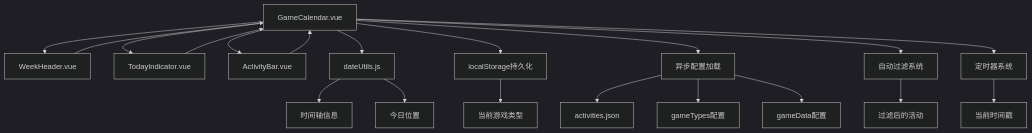
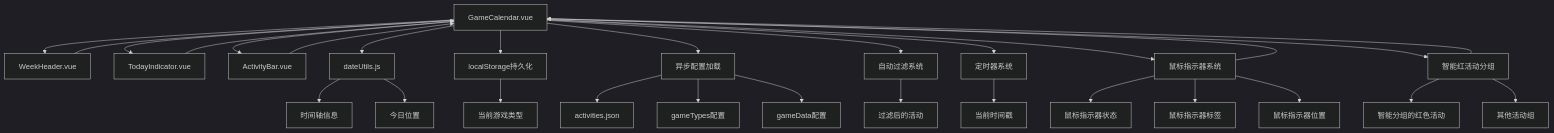
One commit to xuanyulingnfeg/gameCalendar changed the tenth of 11 diagrams in .qoder/repowiki/zh/content/核心组件/GameCalendar 主容器组件.md. Above: the diagram before and after it, drawn with Mermaid (dark theme). The commit also changed other lines of this file and 4 other files, not shown here.

````diff
--- a/.qoder/repowiki/zh/content/核心组件/GameCalendar 主容器组件.md
+++ b/.qoder/repowiki/zh/content/核心组件/GameCalendar 主容器组件.md
@@ -449,22 +536,31 @@
 ```mermaid
 graph TD
 GameCalendar[GameCalendar.vue] --> WeekHeader[WeekHeader.vue]
 GameCalendar --> TodayIndicator[TodayIndicator.vue]
 GameCalendar --> ActivityBar[ActivityBar.vue]
 GameCalendar --> DateUtils[dateUtils.js]
 GameCalendar --> LocalStorage[localStorage持久化]
 GameCalendar --> AsyncLoader[异步配置加载]
 GameCalendar --> AutoFilter[自动过滤系统]
 GameCalendar --> Timer[定时器系统]
+GameCalendar --> MouseIndicator[鼠标指示器系统]
+GameCalendar --> SmartRedGroup[智能红活动分组]
 ActivityBar --> GameCalendar
 WeekHeader --> GameCalendar
 TodayIndicator --> GameCalendar
+MouseIndicator --> GameCalendar
+SmartRedGroup --> GameCalendar
 DateUtils --> TimelineInfo[时间轴信息]
 DateUtils --> TodayPosition[今日位置]
 LocalStorage --> CurrentGameType[当前游戏类型]
 AsyncLoader --> ActivitiesConfig[activities.json]
 AsyncLoader --> GameTypesConfig[gameTypes配置]
 AsyncLoader --> GameDataConfig[gameData配置]
 Timer --> NowTimestamp[当前时间戳]
 AutoFilter --> FilteredActivities[过滤后的活动]
+MouseIndicator --> MouseIndicatorState[鼠标指示器状态]
+MouseIndicator --> MouseIndicatorLabel[鼠标指示器标签]
+MouseIndicator --> MouseIndicatorPosition[鼠标指示器位置]
+SmartRedGroup --> RedActivityRows[智能分组的红色活动]
+SmartRedGroup --> OtherActivities[其他活动组]
 ```
````
